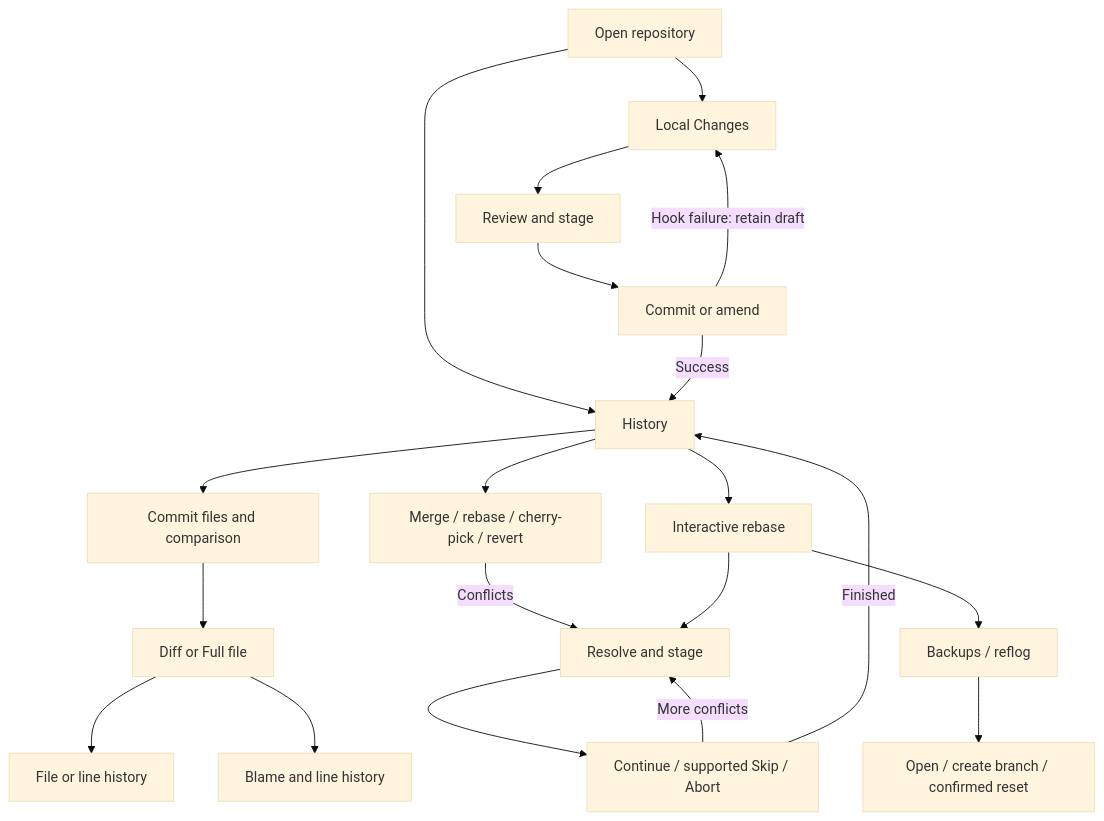
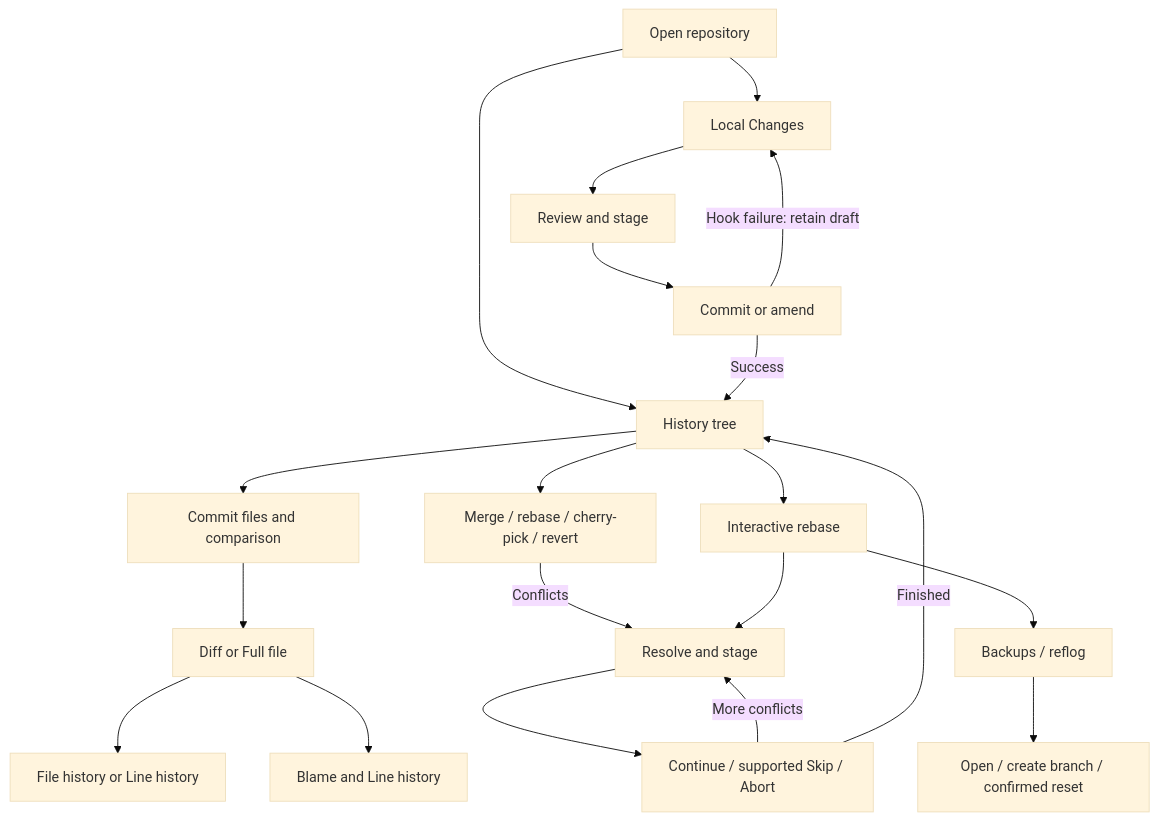
Before and after one commit to baol/gg: the diagram in docs/user-flows.md, drawn with Mermaid (base theme). The commit also changed other lines of this file and 45 other files, not shown here.

First line of the commit message:
Domain language: History tree, File history, Line history, Rewrite history, Local Changes (#96)

````diff
--- a/docs/user-flows.md
+++ b/docs/user-flows.md
@@ -42,22 +42,22 @@
 ```mermaid
 flowchart TD
-    Open[Open repository] --> History[History]
-    History --> Review[Commit files and comparison]
+    Open[Open repository] --> HistoryTree[History tree]
+    HistoryTree --> Review[Commit files and comparison]
     Review --> Read[Diff or Full file]
-    Read --> Timeline[File or line history]
-    Read --> Blame[Blame and line history]
+    Read --> Timeline[File history or Line history]
+    Read --> Blame[Blame and Line history]
     Open --> Local[Local Changes]
     Local --> Stage[Review and stage]
     Stage --> Commit[Commit or amend]
     Commit -->|Hook failure: retain draft| Local
-    Commit -->|Success| History
-    History --> Integrate[Merge / rebase / cherry-pick / revert]
+    Commit -->|Success| HistoryTree
+    HistoryTree --> Integrate[Merge / rebase / cherry-pick / revert]
     Integrate -->|Conflicts| Resolve[Resolve and stage]
     Resolve --> Continue[Continue / supported Skip / Abort]
     Continue -->|More conflicts| Resolve
-    Continue -->|Finished| History
-    History --> Rewrite[Interactive rebase]
+    Continue -->|Finished| HistoryTree
+    HistoryTree --> Rewrite[Interactive rebase]
     Rewrite --> Resolve
     Rewrite --> Backup[Backups / reflog]
     Backup --> Recover[Open / create branch / confirmed reset]
 ```
````
